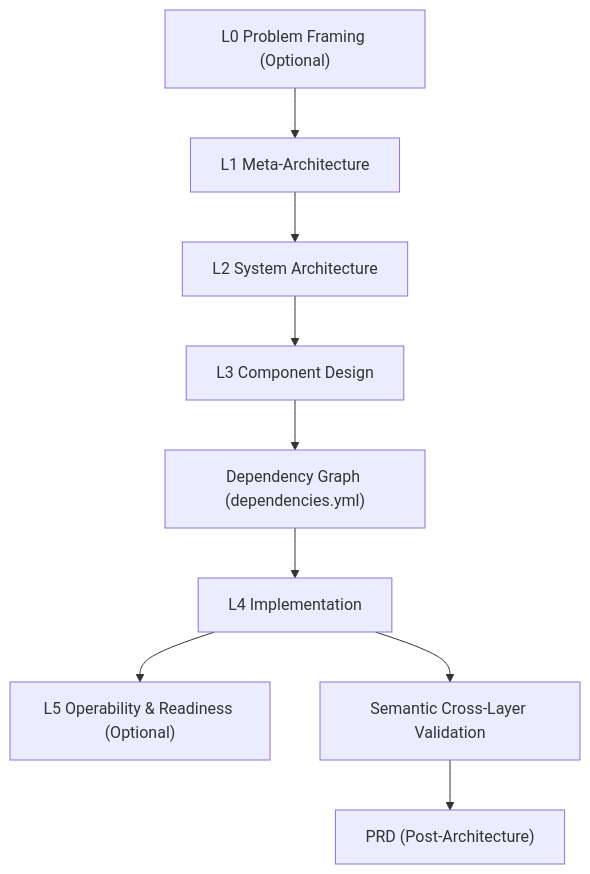
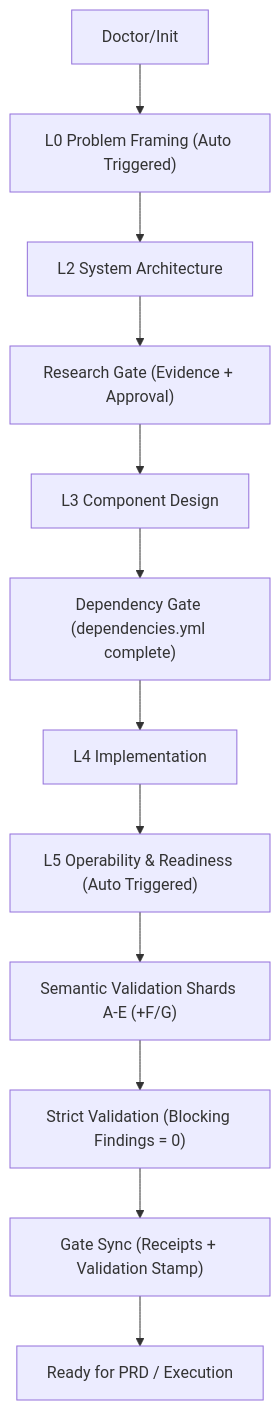
One commit to Gytisw/layered-architect changed the diagram in README.md. Above: the diagram before and after it, drawn with Mermaid. The commit also changed other lines of this file and 21 other files, not shown here.

````diff
--- a/README.md
+++ b/README.md
@@ -29,11 +31,14 @@
 ```mermaid
 flowchart TD
-  A["L0 Problem Framing (Optional)"] --> B["L1 Meta-Architecture"]
+  A["Doctor/Init"] --> B["L0 Problem Framing (Auto Triggered)"]
   B --> C["L2 System Architecture"]
-  C --> D["L3 Component Design"]
-  D --> X["Dependency Graph (dependencies.yml)"]
+  C --> R["Research Gate (Evidence + Approval)"]
+  R --> D["L3 Component Design"]
+  D --> X["Dependency Gate (dependencies.yml complete)"]
   X --> E["L4 Implementation"]
-  E --> F["L5 Operability & Readiness (Optional)"]
-  E --> S["Semantic Cross-Layer Validation"]
-  S --> G["PRD (Post-Architecture)"]
+  E --> F["L5 Operability & Readiness (Auto Triggered)"]
+  F --> S["Semantic Validation Shards A-E (+F/G)"]
+  S --> V["Strict Validation (Blocking Findings = 0)"]
+  V --> G["Gate Sync (Receipts + Validation Stamp)"]
+  G --> H["Ready for PRD / Execution"]
 ```
````
